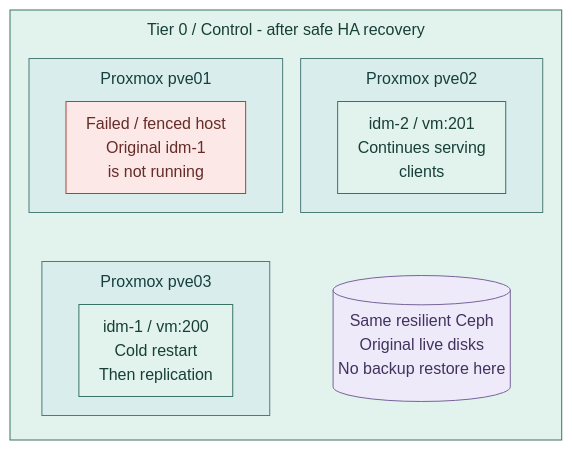
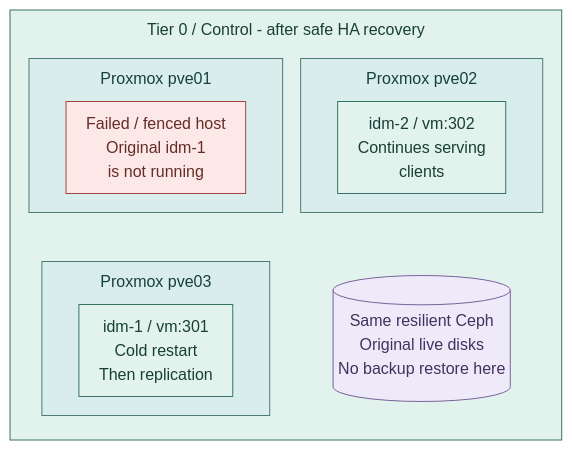
Before and after one commit to Rexus/homelab: the second of 2 diagrams in docs/deployment/foundation/proxmox/failover.md, drawn with Mermaid. The commit also changed other lines of this file and 241 other files, not shown here.

````diff
--- a/docs/deployment/foundation/proxmox/failover.md
+++ b/docs/deployment/foundation/proxmox/failover.md
@@ -75,28 +75,28 @@
 ```mermaid
 %%{init: {"theme":"base","flowchart":{"nodeSpacing":18,"rankSpacing":24,"padding":10,"subGraphTitleMargin":{"top":8,"bottom":16}},"themeVariables":{"lineColor":"#627581","edgeLabelBackground":"#f8fafc"}}}%%
 flowchart TB
   subgraph T0["Tier 0 / Control - after safe HA recovery"]
     direction TB
     subgraph P1["Proxmox pve01"]
       Failed["Failed / fenced host<br/>Original idm-1<br/>is not running"]
     end
     subgraph P2["Proxmox pve02"]
-      B["idm-2 / vm:201<br/>Continues serving<br/>clients"]
+      B["idm-2 / vm:302<br/>Continues serving<br/>clients"]
     end
     subgraph P3["Proxmox pve03"]
-      A["idm-1 / vm:200<br/>Cold restart<br/>Then replication"]
+      A["idm-1 / vm:301<br/>Cold restart<br/>Then replication"]
     end
     Storage[("Same resilient Ceph<br/>Original live disks<br/>No backup restore here")]
     P1 ~~~ P3
     P2 ~~~ Storage
   end
   classDef default fill:#f8fafc,stroke:#64748b,color:#1f2937
   classDef control fill:#e2f3ed,stroke:#397366,color:#173f36
   classDef runtime fill:#d9eeec,stroke:#4d7b77,color:#173f3e
   classDef data fill:#eeeafa,stroke:#78639b,color:#42325d
   classDef fault fill:#fce8e6,stroke:#a3453d,color:#652c28
   class T0,A,B control
   class P1,P2,P3 runtime
   class Storage data
   class Failed fault
 ```
````
